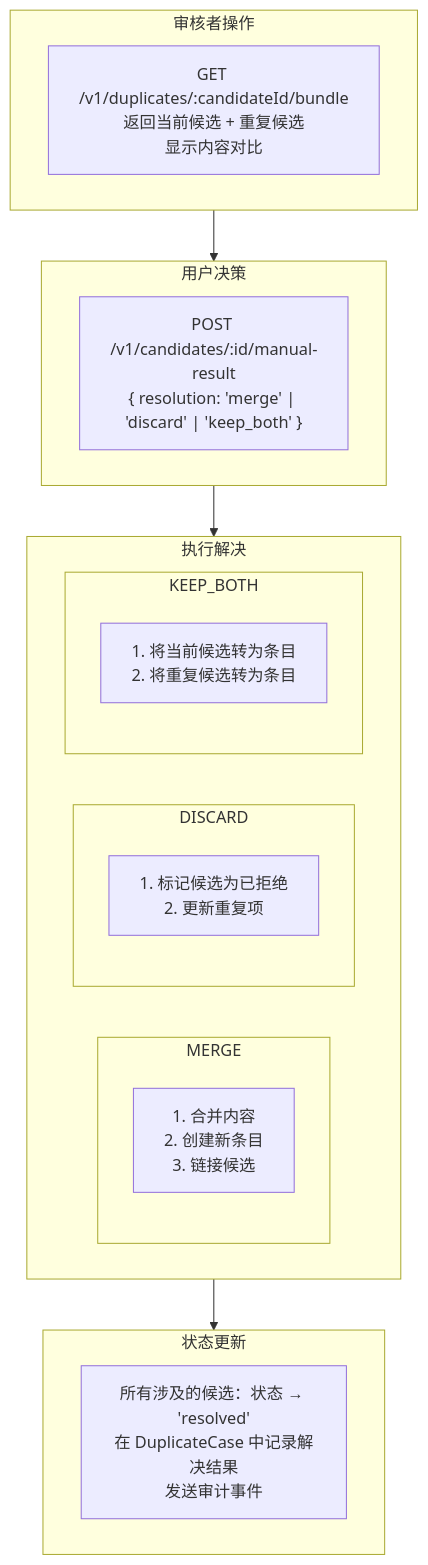
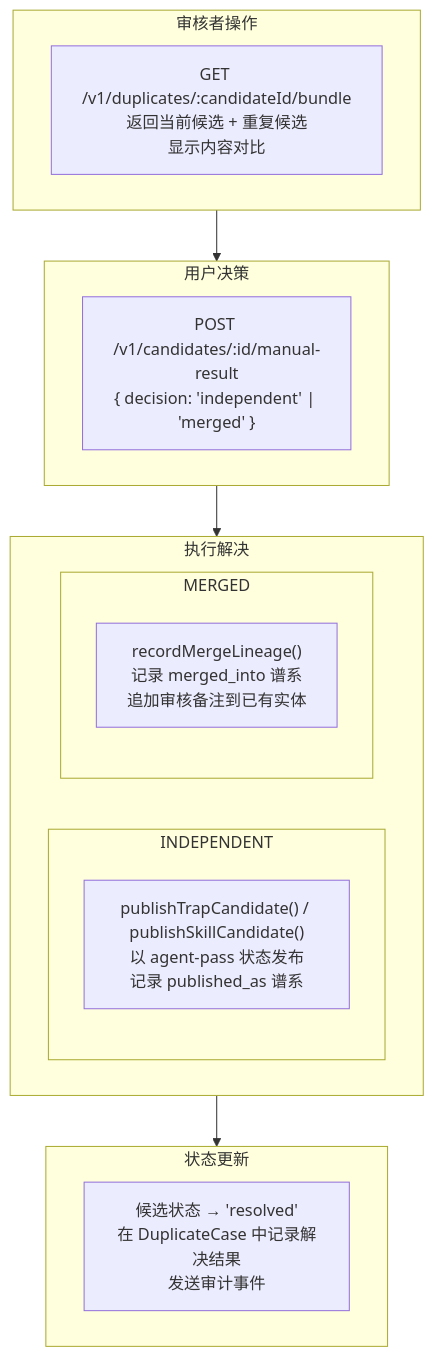
One commit to pofossette/TrapMap-for-vibing changed the sixth of 7 diagrams in docs/architecture/components/INGESTION.md. Above: the diagram before and after it, drawn with Mermaid. The commit also changed other lines of this file and 8 other files, not shown here.

````diff
--- a/docs/architecture/components/INGESTION.md
+++ b/docs/architecture/components/INGESTION.md
@@ -386,30 +382,26 @@
 ```mermaid
 flowchart TB
     subgraph 审核者操作["审核者操作"]
         A["GET /v1/duplicates/:candidateId/bundle\n返回当前候选 + 重复候选\n显示内容对比"]
     end
 
     subgraph 用户决策["用户决策"]
-        B["POST /v1/candidates/:id/manual-result\n{ resolution: 'merge' | 'discard' | 'keep_both' }"]
+        B["POST /v1/candidates/:id/manual-result\n{ decision: 'independent' | 'merged' }"]
     end
 
     subgraph 执行解决["执行解决"]
-        subgraph 合并["MERGE"]
-            C1["1. 合并内容\n2. 创建新条目\n3. 链接候选"]
+        subgraph independent["INDEPENDENT"]
+            C1["publishTrapCandidate() / publishSkillCandidate()\n以 agent-pass 状态发布\n记录 published_as 谱系"]
         end
 
-        subgraph 丢弃["DISCARD"]
-            C2["1. 标记候选为已拒绝\n2. 更新重复项"]
-        end
-
-        subgraph 保留两者["KEEP_BOTH"]
-            C3["1. 将当前候选转为条目\n2. 将重复候选转为条目"]
+        subgraph merged["MERGED"]
+            C2["recordMergeLineage()\n记录 merged_into 谱系\n追加审核备注到已有实体"]
         end
     end
 
     subgraph 状态更新["状态更新"]
-        D["所有涉及的候选：状态 → 'resolved'\n在 DuplicateCase 中记录解决结果\n发送审计事件"]
+        D["候选状态 → 'resolved'\n在 DuplicateCase 中记录解决结果\n发送审计事件"]
     end
 
     审核者操作 --> 用户决策 --> 执行解决 --> 状态更新
 ```
````
